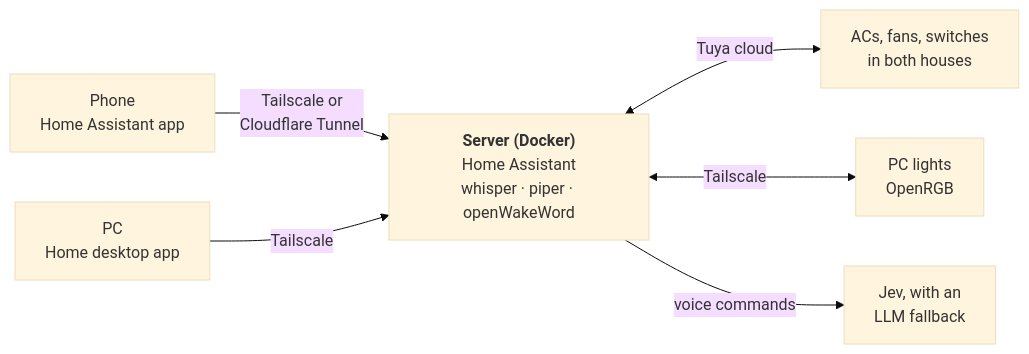
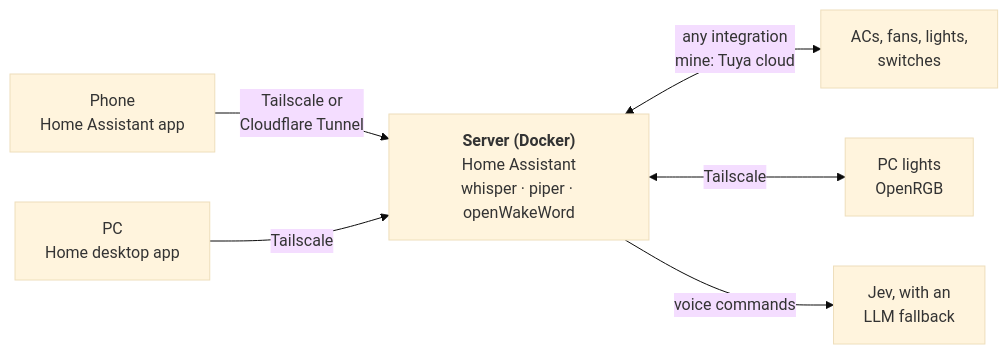
Before and after one commit to InterStella0/personal-iot: the diagram in README.md, drawn with Mermaid (base theme). The commit also changed other lines of this file and 2 other files, not shown here.

First line of the commit message:
Say the setup works with any Home Assistant device, not only Tuya

````diff
--- a/README.md
+++ b/README.md
@@ -14,9 +17,9 @@
 ```mermaid
 flowchart LR
     phone["Phone<br/>Home Assistant app"] -->|Tailscale or<br/>Cloudflare Tunnel| ha
     pc["PC<br/>Home desktop app"] -->|Tailscale| ha
     ha["<b>Server (Docker)</b><br/>Home Assistant<br/>whisper · piper · openWakeWord"]
-    ha <-->|Tuya cloud| devices["ACs, fans, switches<br/>in both houses"]
+    ha <-->|any integration<br/>mine: Tuya cloud| devices["ACs, fans, lights,<br/>switches"]
     ha <-->|Tailscale| rgb["PC lights<br/>OpenRGB"]
     ha -->|voice commands| agents["Jev, with an<br/>LLM fallback"]
 ```
````
